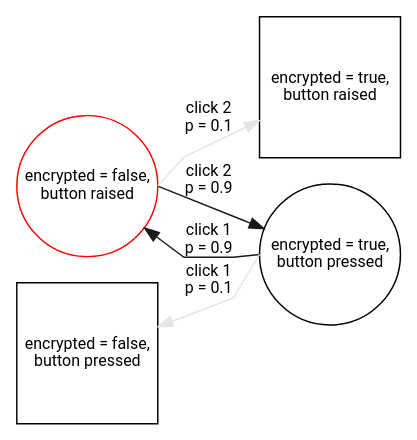
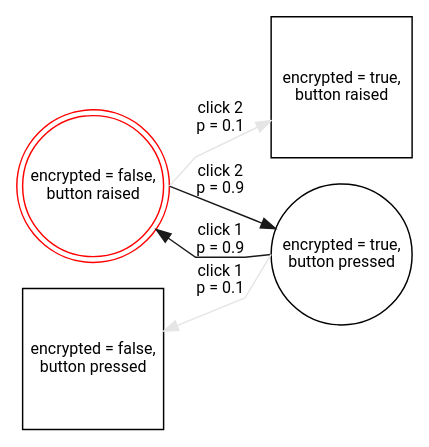
One commit to adrifelt/ux-model-graphs changed the diagram in 05-simple-boolean-with-reset-clean.dot. Above: the diagram before and after it, drawn with Graphviz. The commit also changed 1 other file, not shown here.

```diff
--- a/05-simple-boolean-with-reset-clean.dot
+++ b/05-simple-boolean-with-reset-clean.dot
@@ -1,57 +1,58 @@
 digraph "04-simple-boolean-with-reset" {
   splines = polyline;
   rankdir = LR;
   node [
     shape = circle
     fontname = "Roboto"
     fontsize = 11
     width = 1.35
     margin = 0
   ];
   edge [
     fontname = "Roboto"
     fontsize = 11
   ];
 
   off [
     label = "encrypted = false,\nbutton raised"
     color = red
+    shape = doublecircle
   ];
   on [
     label = "encrypted = true,\nbutton pressed"
   ];
 
   subgraph { rank = same; on_confused; off; };
   subgraph { rank = same; off_confused; on; };
 
   off_confused [
     label = "encrypted = true,\nbutton raised"
     shape = square
   ];
   on_confused [
     label = "encrypted = false,\nbutton pressed"
     shape = square
   ];
 
   off:e -> off_confused [
     label = "click 2\np = 0.1"
     color = grey90
     weight = 1
   ];
   off:e -> on [
     label = "click 2\np = 0.9"
     color = grey10
     weight = 9
   ];
 
   on:w -> on_confused [
     label = "click 1\np = 0.1"
     color = grey90
     weight = 1
   ];
   on:w -> off [
     label = "click 1\np = 0.9"
     color = grey10
     weight = 9
   ];
 }
```
